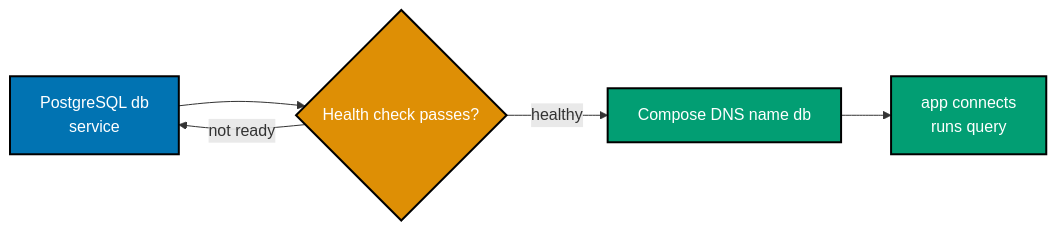
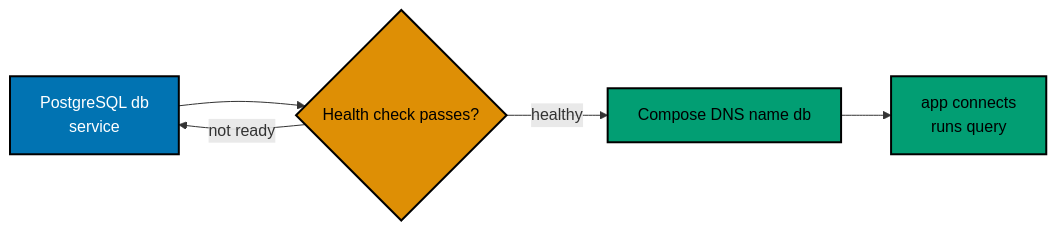
One commit to wahidyankf/ose-public changed the fourth of 17 diagrams in apps/ayokoding-www/content/en/learn/courses/containers-and-orchestration/learning/intermediate.md. Above: the diagram before and after it, drawn with Mermaid. The commit also changed other lines of this file and 144 other files, not shown here.

First line of the commit message:
fix(mermaid): bring the first half of the courses diagrams onto the accessible palette

````diff
--- a/apps/ayokoding-www/content/en/learn/courses/containers-and-orchestration/learning/intermediate.md
+++ b/apps/ayokoding-www/content/en/learn/courses/containers-and-orchestration/learning/intermediate.md
@@ -124,14 +133,17 @@
 ```mermaid
 %% Color Palette: Blue #0173B2, Orange #DE8F05, Teal #029E73; color-blind friendly WCAG AA palette
 graph LR
+    accTitle: Example 31: Compose two services
+    accDescr: Graph with 4 nodes and 4 connections. Nodes: PostgreSQL db service, Health check passes?, Compose DNS name db, app connects runs query. Connections: PostgreSQL db service to Health check passes?, Health check passes? to Compose DNS name db (healthy), Compose DNS name db to app connects runs query, Health check passes? to PostgreSQL db service (not ready).
     DB["PostgreSQL db<br/>service"]:::blue
     H{"Health check passes?"}:::orange
     DNS["Compose DNS name db"]:::teal
     APP["app connects<br/>runs query"]:::teal
     DB --> H
     H -->|"healthy"| DNS --> APP
     H -->|"not ready"| DB
     classDef blue fill:#0173B2,stroke:#000000,color:#FFFFFF,stroke-width:2px
-    classDef teal fill:#029E73,stroke:#000000,color:#FFFFFF,stroke-width:2px
-    classDef orange fill:#DE8F05,stroke:#000000,color:#FFFFFF,stroke-width:2px
+    classDef teal fill:#029E73,stroke:#000000,color:#000000,stroke-width:2px
+    classDef orange fill:#DE8F05,stroke:#000000,color:#000000,stroke-width:2px
+    classDef default fill:#FFFFFF,stroke:#000000,color:#000000
 ```
````
